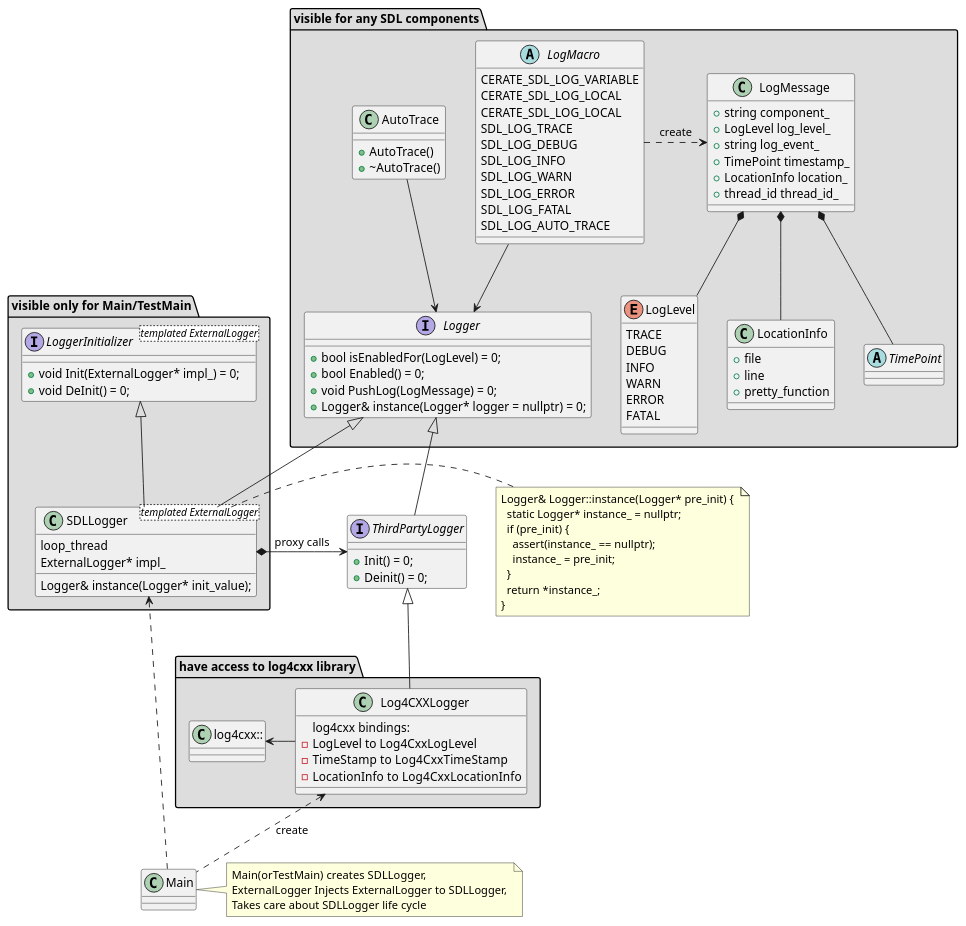
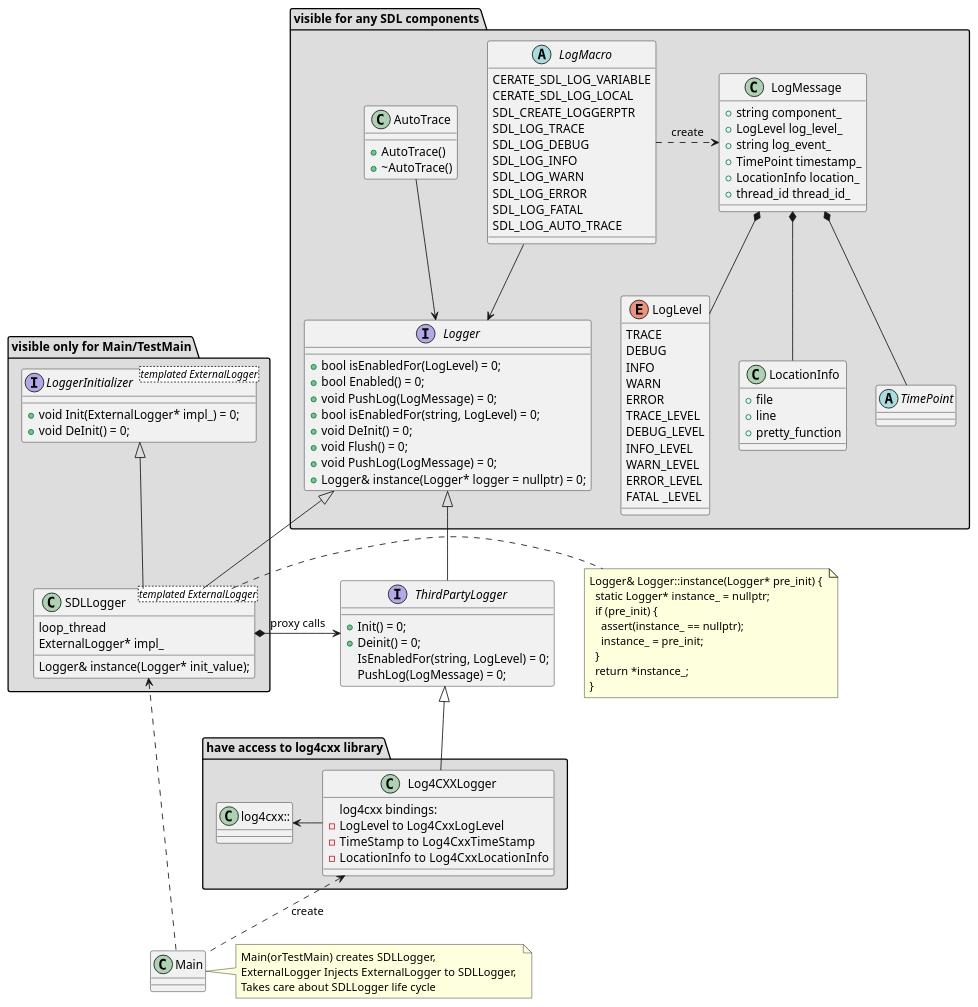
Before and after one commit to LuxoftSDL/sdl_core_guides: the diagram in docs/Developer Documentation/Logger/assets/detailed_logger_design.puml, drawn with PlantUML. The commit also changed other lines of this file and 1 other file, not shown here.

```diff
--- a/docs/Developer Documentation/Logger/assets/detailed_logger_design.puml
+++ b/docs/Developer Documentation/Logger/assets/detailed_logger_design.puml
@@ -1,135 +1,146 @@
 @startuml
 
 
 package "visible for any SDL components" #DDDDDD {
 
 interface Logger {
   + bool isEnabledFor(LogLevel) = 0;
   + bool Enabled() = 0;
+  + void PushLog(LogMessage) = 0;
+  + bool isEnabledFor(string, LogLevel) = 0;
+  + void DeInit() = 0;
+  + void Flush() = 0;
   + void PushLog(LogMessage) = 0;
   + Logger& instance(Logger* logger = nullptr) = 0;
 }
 
 class AutoTrace {
   + AutoTrace()
   + ~AutoTrace()
 }
 
 class LocationInfo {
   + file
   + line
   + pretty_function
 }
 
 abstract TimePoint{}
 
 class LogMessage {
   + string component_
   + LogLevel log_level_
   + string log_event_
   + TimePoint timestamp_
   + LocationInfo location_
   + thread_id thread_id_
 }
 
 
 enum  LogLevel { 
     TRACE
     DEBUG
     INFO
     WARN
     ERROR
-    FATAL 
+    TRACE_LEVEL
+    DEBUG_LEVEL
+    INFO_LEVEL
+    WARN_LEVEL
+    ERROR_LEVEL
+    FATAL _LEVEL
 }
 
 abstract LogMacro {
   CERATE_SDL_LOG_VARIABLE
   CERATE_SDL_LOG_LOCAL
-  CERATE_SDL_LOG_LOCAL
+  SDL_CREATE_LOGGERPTR
   SDL_LOG_TRACE
   SDL_LOG_DEBUG
   SDL_LOG_INFO
   SDL_LOG_WARN
   SDL_LOG_ERROR
   SDL_LOG_FATAL
   SDL_LOG_AUTO_TRACE
 }
 
 AutoTrace -down-> Logger
 LogMacro  -down-> Logger
 LogMacro .right.> LogMessage : create
 LogMessage *-- LocationInfo
 LogMessage *-- TimePoint
 LogMessage *-- LogLevel
 }
 
 interface ThirdPartyLogger {
   + Init() = 0;
   + Deinit() = 0;
+  IsEnabledFor(string, LogLevel) = 0;
+  PushLog(LogMessage) = 0;
 }
 
 ThirdPartyLogger -up-|> Logger 
 
 
 
 package "have access to log4cxx library" #DDDDDD {
 
 class Log4CXXLogger  {
   log4cxx bindings:
   - LogLevel to Log4CxxLogLevel 
   - TimeStamp  to Log4CxxTimeStamp
   - LocationInfo  to Log4CxxLocationInfo
 }
 
 class "log4cxx::" as log4cxx
 log4cxx <-right- Log4CXXLogger
 
 }
 
 
 package "visible only for Main/TestMain" #DDDDDD {
 
 interface LoggerInitializer <templated ExternalLogger> {
   + void Init(ExternalLogger* impl_) = 0;
   + void DeInit() = 0;
 }
 
 
 class SDLLogger <templated ExternalLogger> {
   loop_thread
   ExternalLogger* impl_
   Logger& instance(Logger* init_value);
 }
 
 }
  
 note "\
 Logger& Logger::instance(Logger* pre_init) { \n\
   static Logger* instance_ = nullptr; \n\
   if (pre_init) { \n\
     assert(instance_ == nullptr);\n\
     instance_ = pre_init;\n\
   }\n\
   return *instance_;\n\
 }" as N1
 SDLLogger .right. N1 
 
 SDLLogger -up-|> Logger
 SDLLogger -up-|> LoggerInitializer
 
 Log4CXXLogger -up-|> ThirdPartyLogger
 
 SDLLogger *-left-> ThirdPartyLogger : proxy calls
 
 
 
 class Main
 
 Main .up.> SDLLogger  
 Main  .up.> Log4CXXLogger : create
 note "Main(orTestMain) creates SDLLogger,  \n\
 ExternalLogger Injects ExternalLogger to SDLLogger, \n\
 Takes care about SDLLogger life cycle" as N2
 
 N2 .left. Main
 @enduml
```
